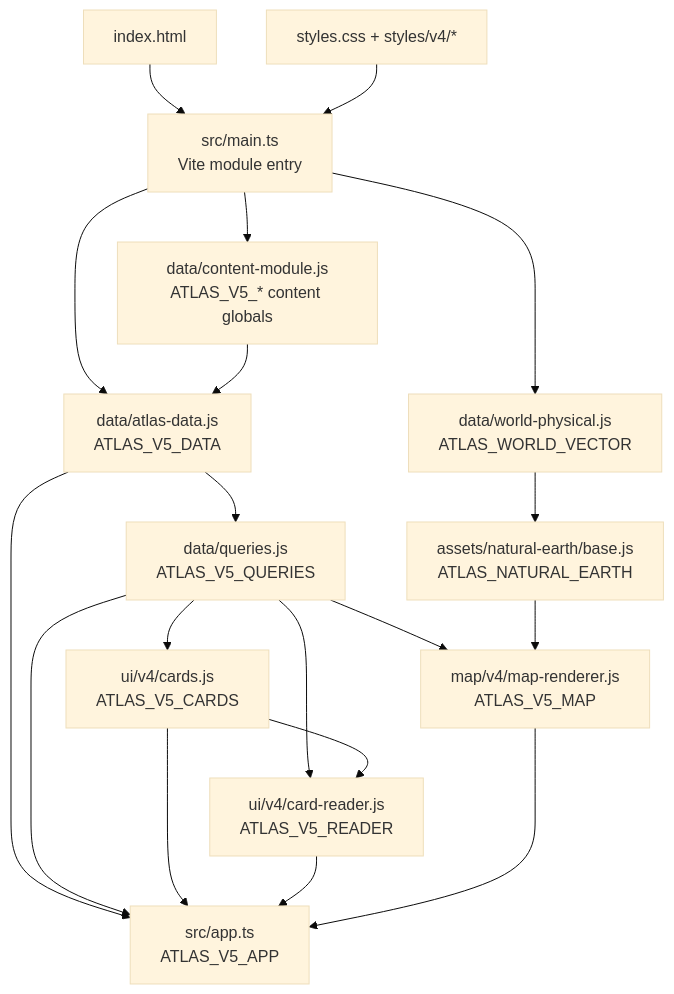
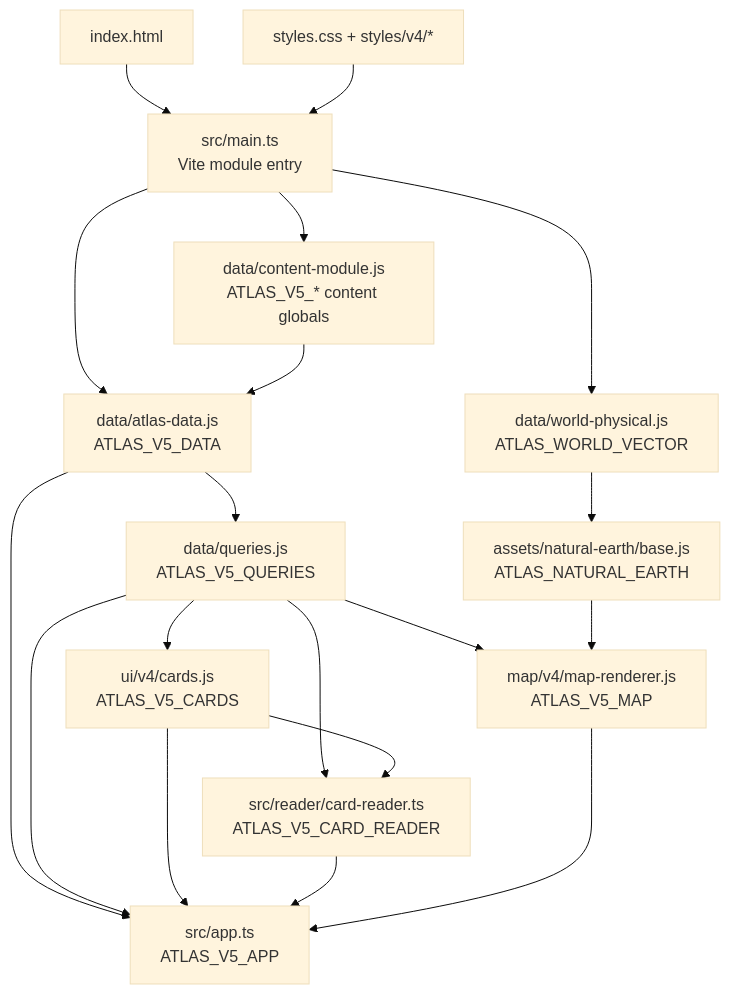
The first of 4 diagrams in docs/ARCHITECTURE_AND_DATA_MODEL.md (jiaxun-li/civilization-wander), drawn with Mermaid (base theme) before and after one commit. The commit also changed other lines of this file and 9 other files, not shown here.

````diff
--- a/docs/ARCHITECTURE_AND_DATA_MODEL.md
+++ b/docs/ARCHITECTURE_AND_DATA_MODEL.md
@@ -35,21 +35,21 @@
 ```mermaid
 flowchart TD
     HTML["index.html"] --> ENTRY["src/main.ts\nVite module entry"]
     ENTRY --> WP["data/world-physical.js\nATLAS_WORLD_VECTOR"]
     ENTRY --> CM["data/content-module.js\nATLAS_V5_* content globals"]
     ENTRY --> D["data/atlas-data.js\nATLAS_V5_DATA"]
     CM --> D
     D --> Q["data/queries.js\nATLAS_V5_QUERIES"]
     Q --> C["ui/v4/cards.js\nATLAS_V5_CARDS"]
-    Q --> R["ui/v4/card-reader.js\nATLAS_V5_READER"]
+    Q --> R["src/reader/card-reader.ts\nATLAS_V5_CARD_READER"]
     C --> R
     WP --> B["assets/natural-earth/base.js\nATLAS_NATURAL_EARTH"]
     Q --> M["map/v4/map-renderer.js\nATLAS_V5_MAP"]
     B --> M
     D --> A["src/app.ts\nATLAS_V5_APP"]
     Q --> A
     C --> A
     R --> A
     M --> A
     CSS["styles.css + styles/v4/*"] --> ENTRY
 ```
````
